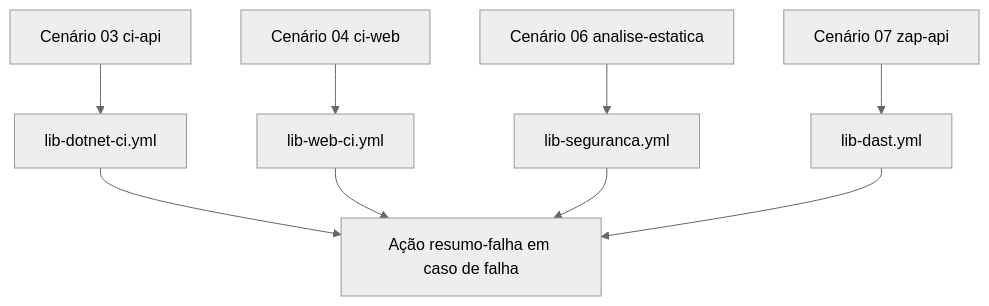
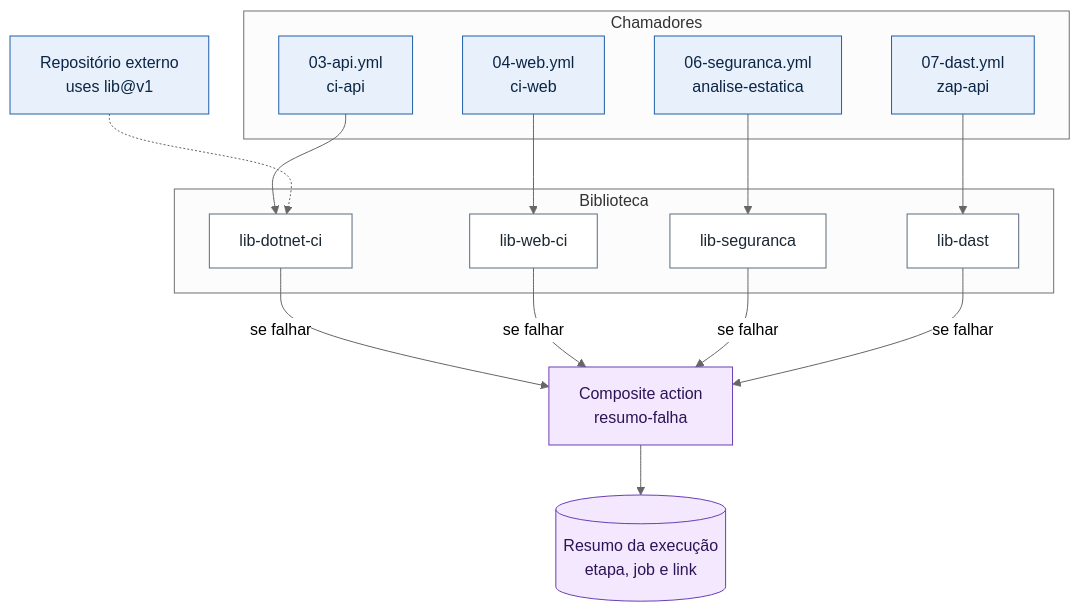
The diagram in cenarios/12-biblioteca-reutilizavel/README.md (arkhibr/devops-fluxos-c3dm), drawn with Mermaid (neutral theme) before and after one commit. The commit also changed other lines of this file and 7 other files, not shown here.

First line of the commit message:
docs(cenarios): trechos de workflow, links e diagramas dos cenários 08 a 14 (#26)

````diff
--- a/cenarios/12-biblioteca-reutilizavel/README.md
+++ b/cenarios/12-biblioteca-reutilizavel/README.md
@@ -22,11 +22,31 @@
 ```mermaid
 flowchart TB
-    A["Cenário 03 ci-api"] --> L1["lib-dotnet-ci.yml"]
-    B["Cenário 04 ci-web"] --> L2["lib-web-ci.yml"]
-    C["Cenário 06 analise-estatica"] --> L3["lib-seguranca.yml"]
-    D["Cenário 07 zap-api"] --> L4["lib-dast.yml"]
-    L1 --> R["Ação resumo-falha em caso de falha"]
-    L2 --> R
-    L3 --> R
-    L4 --> R
+    subgraph cham["Chamadores"]
+        A["03-api.yml<br/>ci-api"]:::gatilho
+        B["04-web.yml<br/>ci-web"]:::gatilho
+        C["06-seguranca.yml<br/>analise-estatica"]:::gatilho
+        D["07-dast.yml<br/>zap-api"]:::gatilho
+    end
+    subgraph lib["Biblioteca"]
+        L1["lib-dotnet-ci"]:::etapa
+        L2["lib-web-ci"]:::etapa
+        L3["lib-seguranca"]:::etapa
+        L4["lib-dast"]:::etapa
+    end
+    EXT["Repositório externo<br/>uses lib@v1"]:::gatilho
+    R["Composite action<br/>resumo-falha"]:::artefato
+    S[("Resumo da execução<br/>etapa, job e link")]:::artefato
+    A --> L1
+    B --> L2
+    C --> L3
+    D --> L4
+    EXT -.-> L1
+    L1 & L2 & L3 & L4 -- "se falhar" --> R --> S
+
+    classDef gatilho fill:#E8F1FB,stroke:#1F5FA8,color:#0B2545
+    classDef etapa fill:#FFFFFF,stroke:#5B6B7F,color:#1B2733
+    classDef verificacao fill:#FFF6E0,stroke:#B7791F,color:#5A3A00
+    classDef sucesso fill:#E6F4EA,stroke:#2E7D32,color:#123B17
+    classDef falha fill:#FDECEA,stroke:#C62828,color:#5B1111
+    classDef artefato fill:#F3E8FD,stroke:#6A3FB5,color:#2D1457
 ```
````
